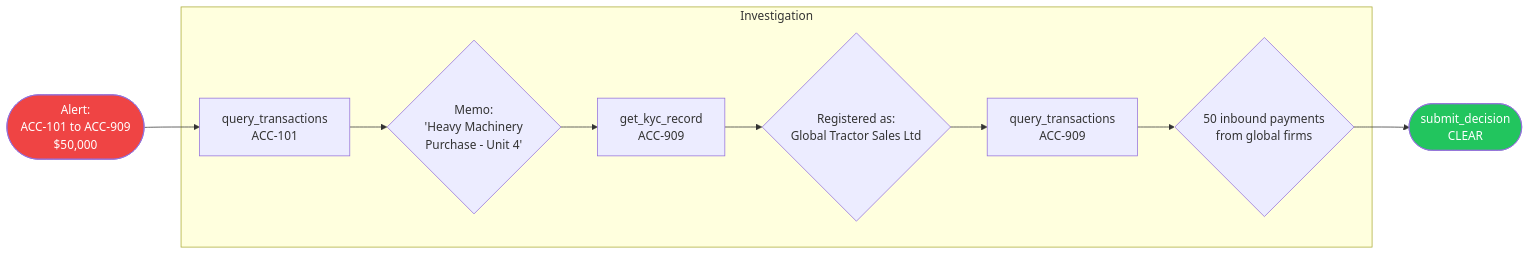
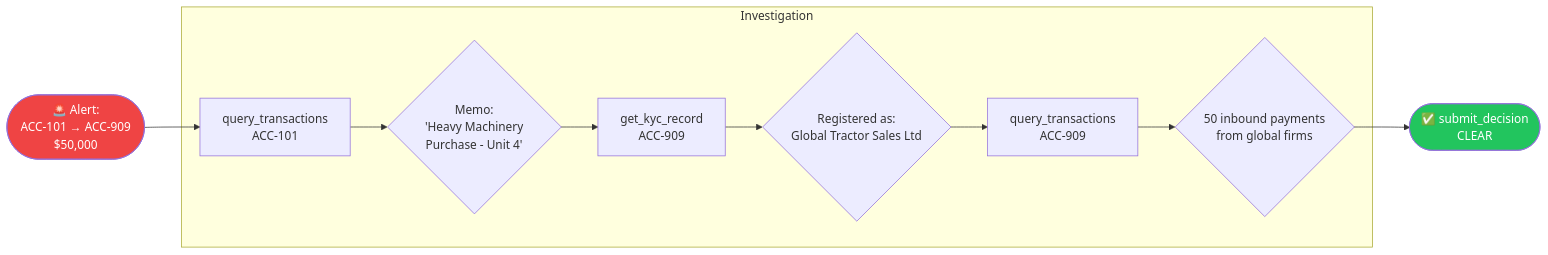
Before and after one commit to DataBoySu/AML-RL_Env: the third of 6 diagrams in README.md, drawn with Mermaid. The commit also changed other lines of this file and 1 other file, not shown here.

````diff
--- a/README.md
+++ b/README.md
@@ -148,17 +148,17 @@
 ```mermaid
 flowchart LR
-    A([Alert:<br/>ACC-101 to ACC-909<br/>$50,000]) --> B
+    A([🚨 Alert:<br/>ACC-101 → ACC-909<br/>$50,000]) --> B
 
     subgraph Investigation
         B[query_transactions<br/>ACC-101] --> C{Memo:<br/>'Heavy Machinery<br/>Purchase - Unit 4'}
         C --> D[get_kyc_record<br/>ACC-909]
         D --> E{Registered as:<br/>Global Tractor Sales Ltd}
         E --> F[query_transactions<br/>ACC-909]
         F --> G{50 inbound payments<br/>from global firms}
     end
 
-    G --> H([submit_decision<br/>CLEAR])
+    G --> H([✅ submit_decision<br/>CLEAR])
 
     style A fill:#ef4444,color:#fff
     style H fill:#22c55e,color:#fff
 ```
````
